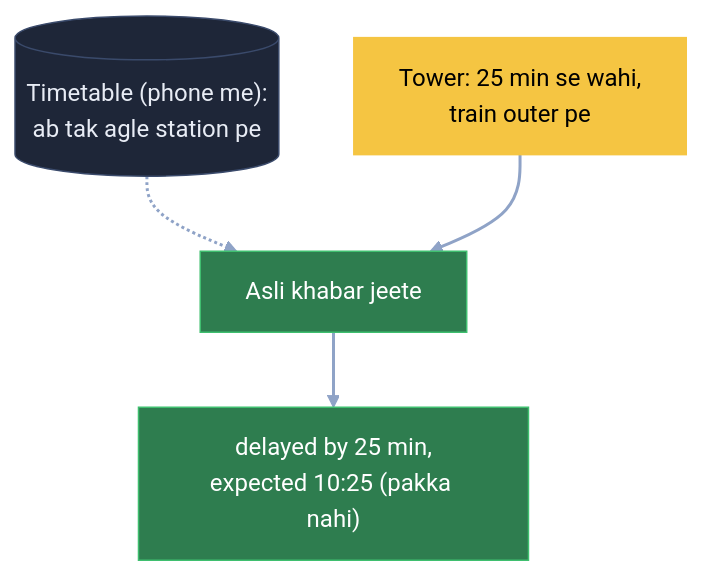
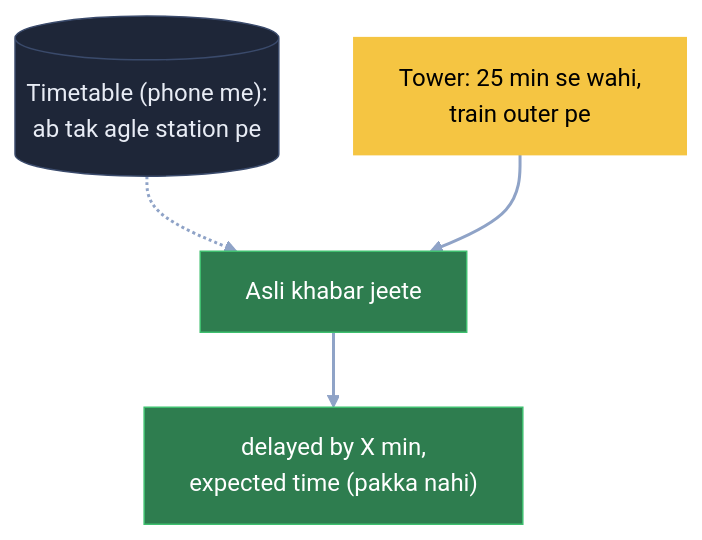
One commit to ArpanMaheshwari144/Prep changed the third of 5 diagrams in 04_HLD/SYSTEM_DESIGNS/22_where_is_my_train/22_where_is_my_train.md. Above: the diagram before and after it, drawn with Mermaid (base theme). The commit also changed other lines of this file and 18 other files, not shown here.

````diff
--- a/04_HLD/SYSTEM_DESIGNS/22_where_is_my_train/22_where_is_my_train.md
+++ b/04_HLD/SYSTEM_DESIGNS/22_where_is_my_train/22_where_is_my_train.md
@@ -109,14 +109,14 @@
 ```mermaid
 flowchart TB
     TT[("Timetable (phone me):<br/>ab tak agle station pe")]:::card
     TW["Tower: 25 min se wahi,<br/>train outer pe"]:::pill
     W["Asli khabar jeete"]:::good
-    D["delayed by 25 min,<br/>expected 10:25 (pakka nahi)"]:::good
+    D["delayed by X min,<br/>expected time (pakka nahi)"]:::good
     TT -.-> W
     TW --> W
     W --> D
     linkStyle default stroke:#8fa3c7,stroke-width:2px
     classDef card fill:#1e2638,stroke:#3a4a6b,color:#e8ecf5
     classDef pill fill:#f5c542,stroke:#f5c542,color:#000
     classDef good fill:#2e7d4f,stroke:#3fbf6f,color:#fff
 ```
````
